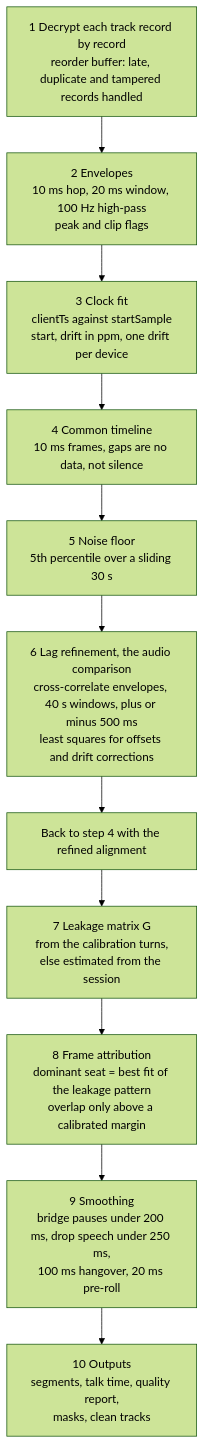
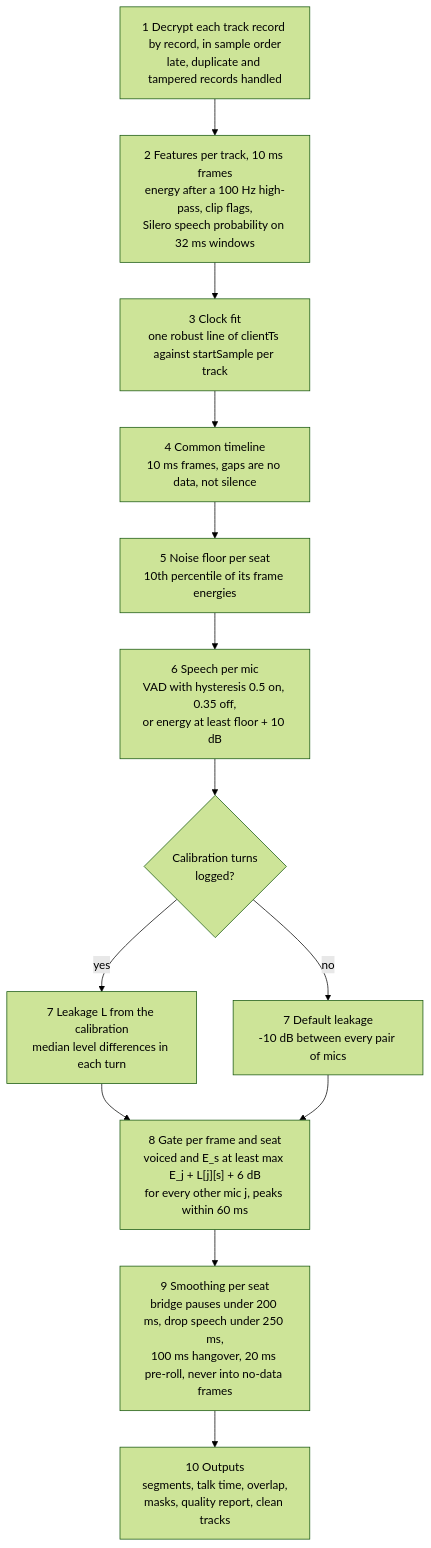
Before and after one commit to xy-zak/WhoKnowsWhoActs: the ninth of 11 diagrams in docs/AUDIO.md, drawn with Mermaid (forest theme). The commit also changed other lines of this file and 16 other files, not shown here.

First line of the commit message:
Docs: headset gate engine, speech model, storage fixes

````diff
--- a/docs/AUDIO.md
+++ b/docs/AUDIO.md
@@ -404,13 +416,15 @@
 ```mermaid
 flowchart TD
-  A["1 Decrypt each track record by record<br/>reorder buffer: late, duplicate and tampered records handled"] --> B["2 Envelopes<br/>10 ms hop, 20 ms window, 100 Hz high-pass<br/>peak and clip flags"]
-  B --> C["3 Clock fit<br/>clientTs against startSample<br/>start, drift in ppm, one drift per device"]
+  A["1 Decrypt each track record by record, in sample order<br/>late, duplicate and tampered records handled"] --> B["2 Features per track, 10 ms frames<br/>energy after a 100 Hz high-pass, clip flags,<br/>Silero speech probability on 32 ms windows"]
+  B --> C["3 Clock fit<br/>one robust line of clientTs against startSample per track"]
   C --> D["4 Common timeline<br/>10 ms frames, gaps are no data, not silence"]
-  D --> E["5 Noise floor<br/>5th percentile over a sliding 30 s"]
-  E --> F["6 Lag refinement, the audio comparison<br/>cross-correlate envelopes, 40 s windows, plus or minus 500 ms<br/>least squares for offsets and drift corrections"]
-  F --> G["Back to step 4 with the refined alignment"]
-  G --> H["7 Leakage matrix G<br/>from the calibration turns,<br/>else estimated from the session"]
-  H --> I["8 Frame attribution<br/>dominant seat = best fit of the leakage pattern<br/>overlap only above a calibrated margin"]
-  I --> J["9 Smoothing<br/>bridge pauses under 200 ms, drop speech under 250 ms,<br/>100 ms hangover, 20 ms pre-roll"]
-  J --> K["10 Outputs<br/>segments, talk time, quality report,<br/>masks, clean tracks"]
+  D --> E["5 Noise floor per seat<br/>10th percentile of its frame energies"]
+  E --> F["6 Speech per mic<br/>VAD with hysteresis 0.5 on, 0.35 off,<br/>or energy at least floor + 10 dB"]
+  F --> G{"Calibration turns<br/>logged?"}
+  G -->|"yes"| H["7 Leakage L from the calibration<br/>median level differences in each turn"]
+  G -->|"no"| H2["7 Default leakage<br/>-10 dB between every pair of mics"]
+  H --> I["8 Gate per frame and seat<br/>voiced and E_s at least max E_j + L[j][s] + 6 dB<br/>for every other mic j, peaks within 60 ms"]
+  H2 --> I
+  I --> J["9 Smoothing per seat<br/>bridge pauses under 200 ms, drop speech under 250 ms,<br/>100 ms hangover, 20 ms pre-roll, never into no-data frames"]
+  J --> K["10 Outputs<br/>segments, talk time, overlap,<br/>masks, quality report, clean tracks"]
 ```
````
